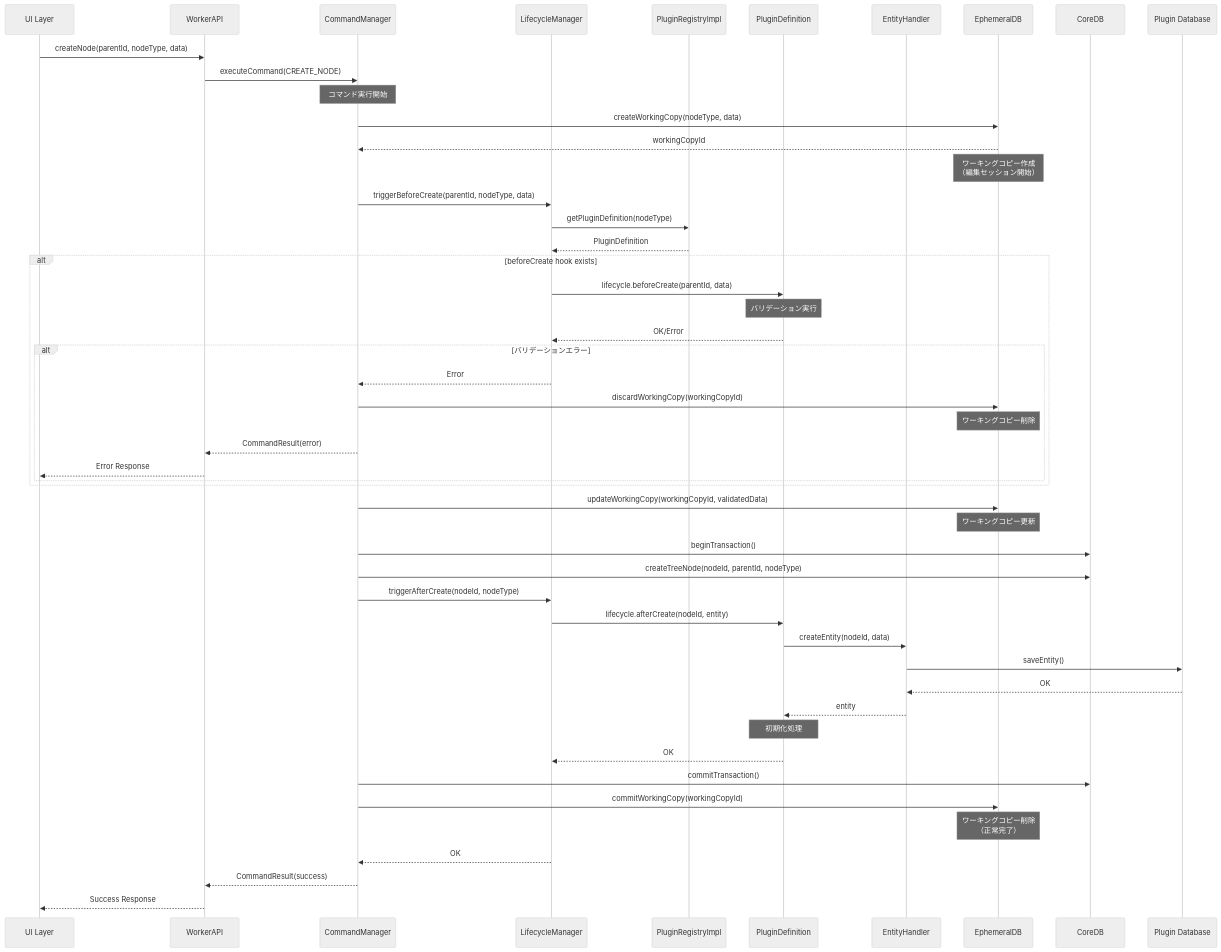
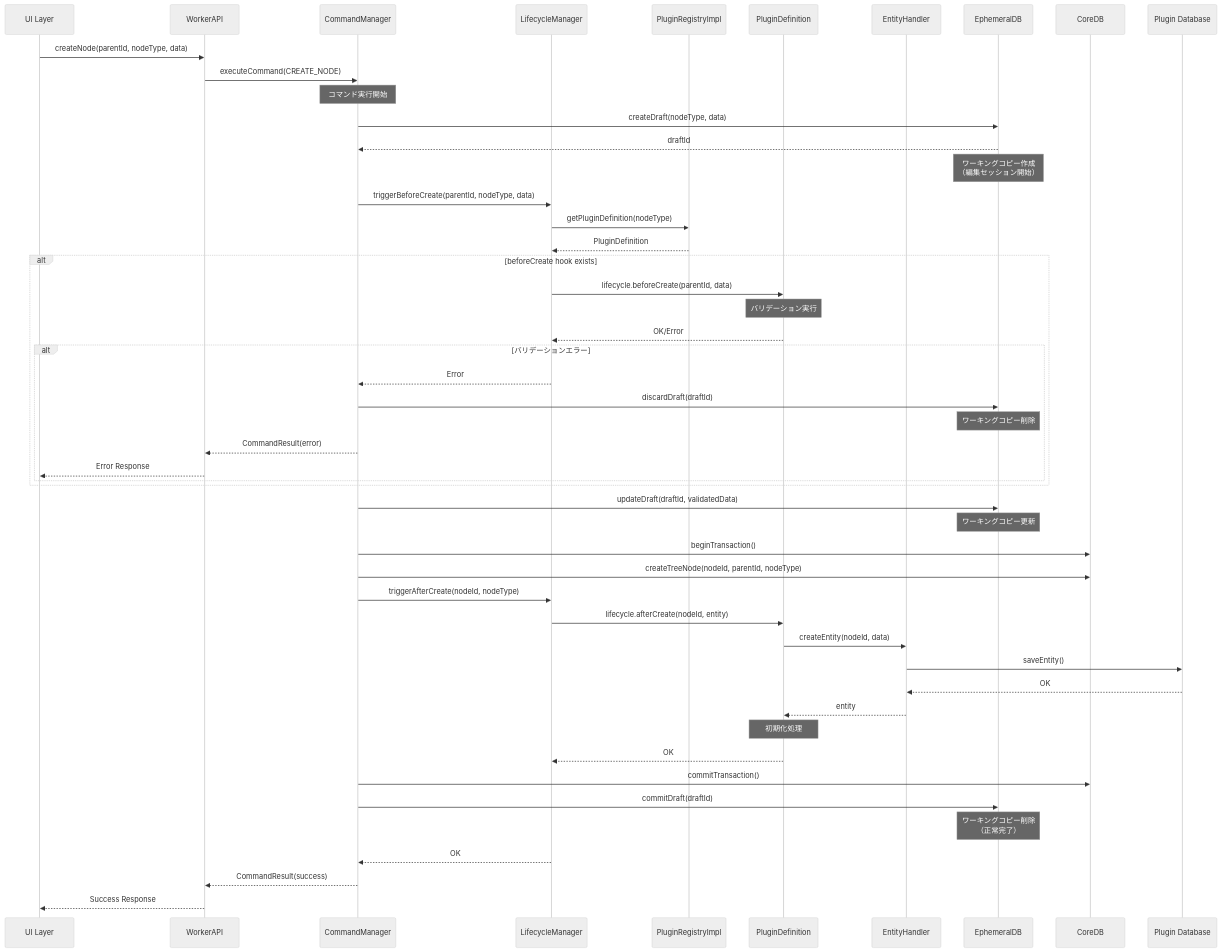
The first of 3 diagrams in docs/deprecated/09-0-aop-guide.md (kubohiroya/hierarchidb), drawn with Mermaid (neutral theme) before and after one commit. The commit also changed other lines of this file and 796 other files, not shown here.

````diff
--- a/docs/deprecated/09-0-aop-guide.md
+++ b/docs/deprecated/09-0-aop-guide.md
@@ -50,70 +50,70 @@
 ```mermaid
 sequenceDiagram
     participant UI as UI Layer
     participant WA as WorkerAPI
     participant CM as CommandManager
     participant LM as LifecycleManager
     participant PR as PluginRegistryImpl
     participant PD as PluginDefinition
     participant EH as EntityHandler
     participant EDB as EphemeralDB
     participant CDB as CoreDB
     participant PDB as Plugin Database
 
     UI->>WA: createNode(parentId, nodeType, data)
     WA->>CM: executeCommand(CREATE_NODE)
     
     Note over CM: コマンド実行開始
     
     %% ワーキングコピー作成
-    CM->>EDB: createWorkingCopy(nodeType, data)
-    EDB-->>CM: workingCopyId
+    CM->>EDB: createDraft(nodeType, data)
+    EDB-->>CM: draftId
     Note over EDB: ワーキングコピー作成<br/>（編集セッション開始）
     
     CM->>LM: triggerBeforeCreate(parentId, nodeType, data)
     LM->>PR: getPluginDefinition(nodeType)
     PR-->>LM: PluginDefinition
     
     alt beforeCreate hook exists
         LM->>PD: lifecycle.beforeCreate(parentId, data)
         Note over PD: バリデーション実行
         PD-->>LM: OK/Error
         
         alt バリデーションエラー
             LM-->>CM: Error
-            CM->>EDB: discardWorkingCopy(workingCopyId)
+            CM->>EDB: discardDraft(draftId)
             Note over EDB: ワーキングコピー削除
             CM-->>WA: CommandResult(error)
             WA-->>UI: Error Response
         end
     end
     
     %% ワーキングコピーで変更を適用
-    CM->>EDB: updateWorkingCopy(workingCopyId, validatedData)
+    CM->>EDB: updateDraft(draftId, validatedData)
     Note over EDB: ワーキングコピー更新
     
     %% CoreDBにコミット
     CM->>CDB: beginTransaction()
     CM->>CDB: createTreeNode(nodeId, parentId, nodeType)
     
     %% プラグインエンティティ作成
     CM->>LM: triggerAfterCreate(nodeId, nodeType)
     LM->>PD: lifecycle.afterCreate(nodeId, entity)
     
     PD->>EH: createEntity(nodeId, data)
     EH->>PDB: saveEntity()
     PDB-->>EH: OK
     EH-->>PD: entity
     
     Note over PD: 初期化処理
     PD-->>LM: OK
     
     %% コミット完了
     CM->>CDB: commitTransaction()
-    CM->>EDB: commitWorkingCopy(workingCopyId)
+    CM->>EDB: commitDraft(draftId)
     Note over EDB: ワーキングコピー削除<br/>（正常完了）
     
     LM-->>CM: OK
     CM-->>WA: CommandResult(success)
     WA-->>UI: Success Response
 ```
````
